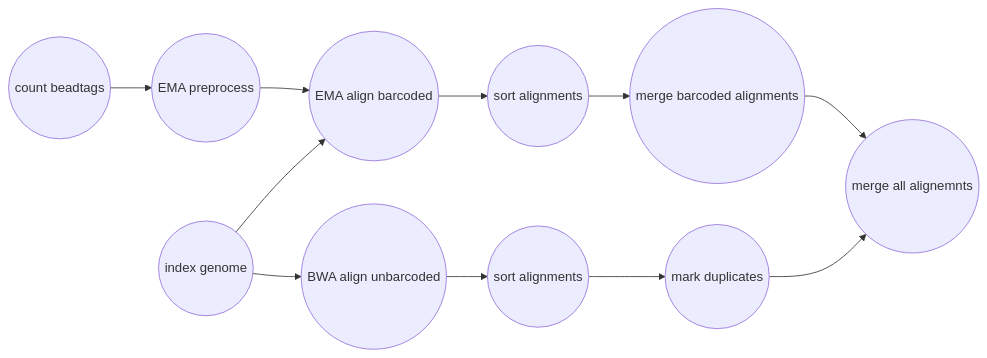
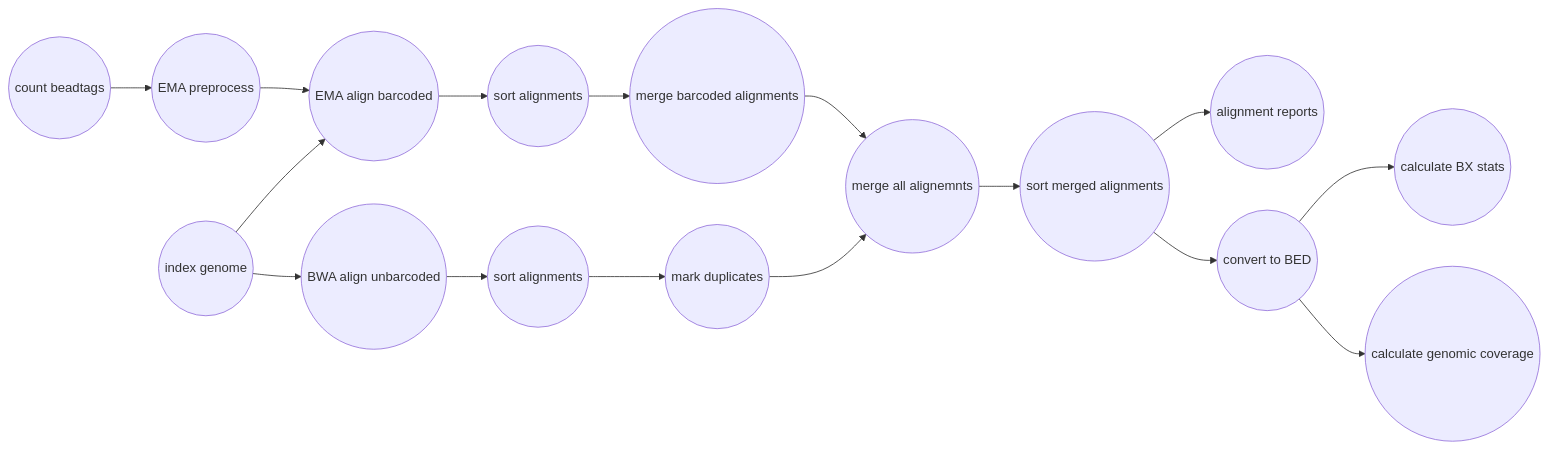
One commit to pdimens/harpy changed the first of 2 diagrams in docs/readmapping.md. Above: the diagram before and after it, drawn with Mermaid. The commit also changed other lines of this file and 2 other files, not shown here.

Commit message:
add genocov to bwa

````diff
--- a/docs/readmapping.md
+++ b/docs/readmapping.md
@@ -38,13 +38,18 @@
 ```mermaid
 graph LR
     A((count beadtags)) --> B((EMA preprocess))
     B-->C((EMA align barcoded))
     C-->D((sort alignments))
     D-->E((merge barcoded alignments))
     E-->F((merge all alignemnts))
     IDX((index genome))-->C
     IDX-->Z((BWA align unbarcoded))
     Z-->Y((sort alignments))
     Y-->X((mark duplicates))
     X-->F
+    F-->K((sort merged alignments))
+    K-->J((alignment reports))
+    K-->G((convert to BED))
+    G-->H((calculate BX stats))
+    G-->I((calculate genomic coverage))
 ```
````
